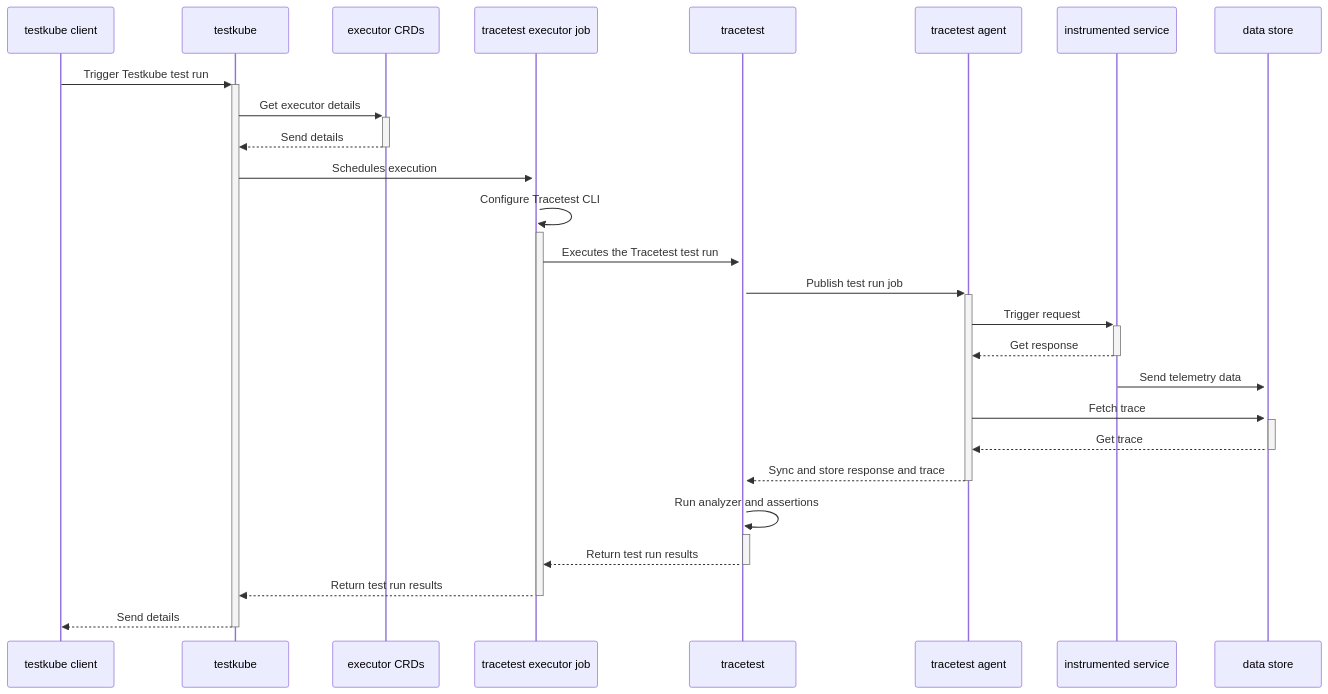
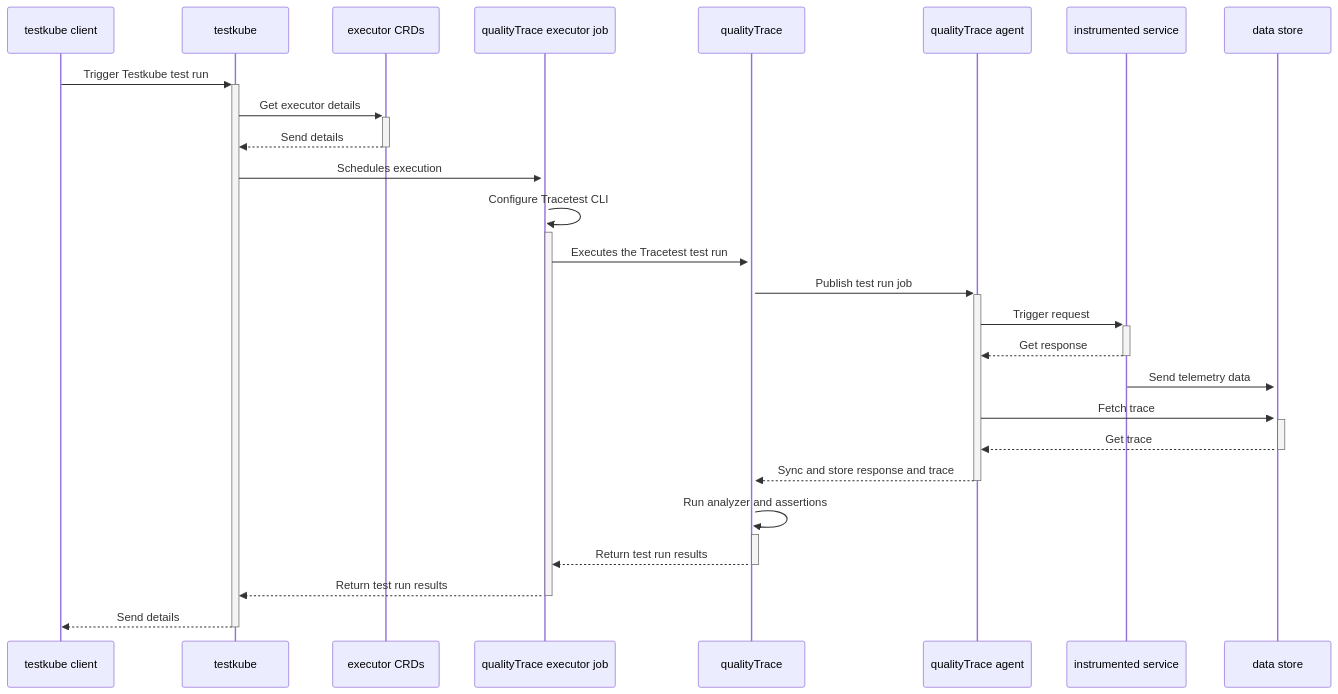
Before and after one commit to intelops/qualitytrace: the diagram in docs/docs/ci-cd-automation/testkube-pipeline.mdx, drawn with Mermaid. The commit also changed other lines of this file and 485 other files, not shown here.

Commit message:
changing tracetest to qualityTrace

````diff
--- a/docs/docs/ci-cd-automation/testkube-pipeline.mdx
+++ b/docs/docs/ci-cd-automation/testkube-pipeline.mdx
@@ -50,20 +50,20 @@
 ```mermaid
 sequenceDiagram
     testkube client->>+testkube: Trigger Testkube test run
     testkube->>+executor CRDs: Get executor details
     executor CRDs-->>-testkube: Send details
-    testkube->>+tracetest executor job: Schedules execution
-    tracetest executor job->>+tracetest executor job: Configure Tracetest CLI
-    tracetest executor job->>+tracetest: Executes the Tracetest test run
-    tracetest->>+tracetest agent: Publish test run job
-    tracetest agent->>+instrumented service: Trigger request
-    instrumented service-->>-tracetest agent: Get response
+    testkube->>+qualityTrace executor job: Schedules execution
+    qualityTrace executor job->>+qualityTrace executor job: Configure Tracetest CLI
+    qualityTrace executor job->>+qualityTrace: Executes the Tracetest test run
+    qualityTrace->>+qualityTrace agent: Publish test run job
+    qualityTrace agent->>+instrumented service: Trigger request
+    instrumented service-->>-qualityTrace agent: Get response
     instrumented service->>+data store: Send telemetry data
-    tracetest agent->>+data store: Fetch trace
-    data store-->>-tracetest agent: Get trace
-    tracetest agent-->>-tracetest: Sync and store response and trace
-    tracetest->>+tracetest: Run analyzer and assertions
-    tracetest-->>-tracetest executor job: Return test run results
-    tracetest executor job-->>-testkube: Return test run results
+    qualityTrace agent->>+data store: Fetch trace
+    data store-->>-qualityTrace agent: Get trace
+    qualityTrace agent-->>-qualityTrace: Sync and store response and trace
+    qualityTrace->>+qualityTrace: Run analyzer and assertions
+    qualityTrace-->>-qualityTrace executor job: Return test run results
+    qualityTrace executor job-->>-testkube: Return test run results
     testkube-->>-testkube client: Send details
 ```
````
